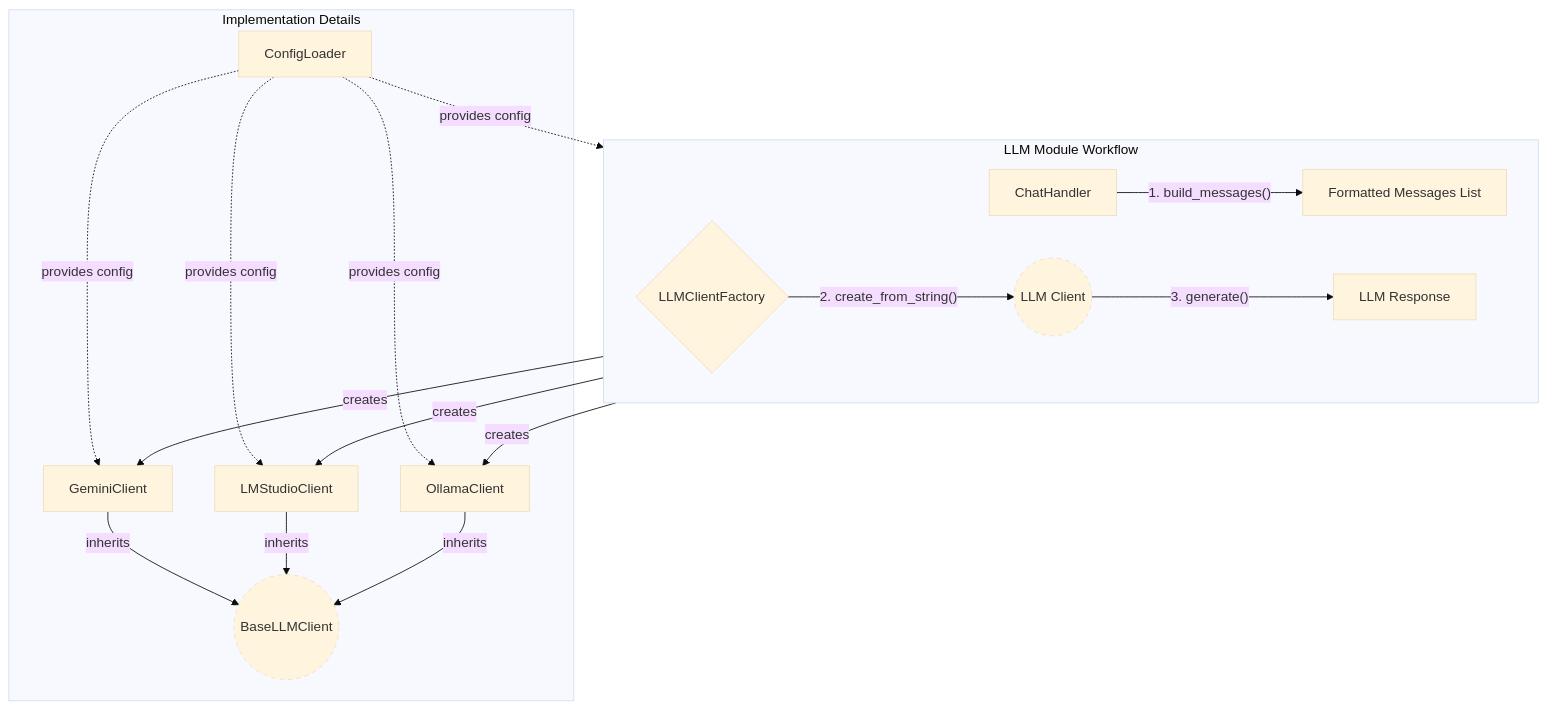
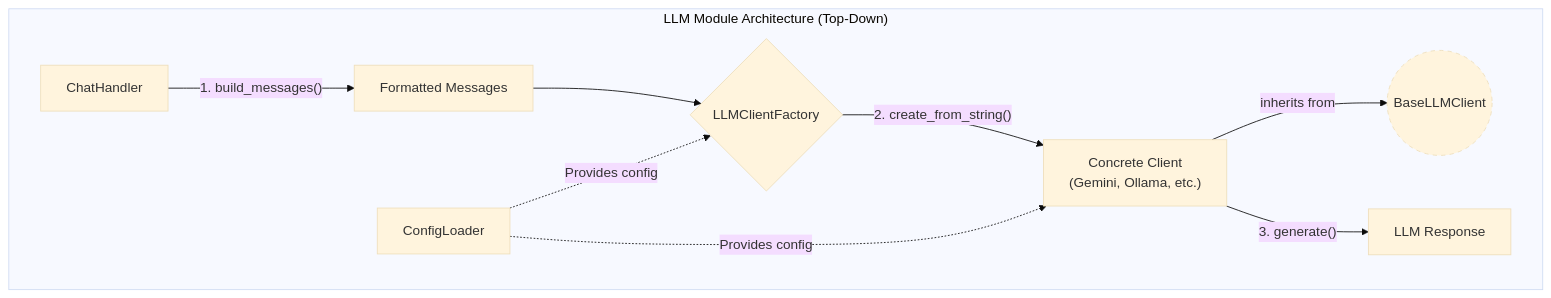
One commit to Flowerf19/RAG changed the diagram in llm/README.md. Above: the diagram before and after it, drawn with Mermaid (base theme). The commit also changed other lines of this file, not shown here.

Commit message:
fix: update README to enhance clarity of module architecture and workflow diagram

````diff
--- a/llm/README.md
+++ b/llm/README.md
@@ -34,33 +34,20 @@
 ```mermaid
 graph TD
-    subgraph "LLM Module Workflow"
-        direction LR
-        A[ChatHandler] -- "1. build_messages()" --> D[Formatted Messages List]
-        B{LLMClientFactory} -- "2. create_from_string()" --> C((LLM Client))
-        C -- "3. generate()" --> E[LLM Response]
+    subgraph "LLM Module Architecture (Top-Down)"
+        A[ChatHandler] -- "1. build_messages()" --> B[Formatted Messages]
+        
+        Z[ConfigLoader]
+        
+        B --> C{LLMClientFactory}
+        Z -. "Provides config" .-> C
+        
+        C -- "2. create_from_string()" --> D["Concrete Client<br>(Gemini, Ollama, etc.)"]
+        
+        D -- "inherits from" --> E((BaseLLMClient))
+        Z -. "Provides config" .-> D
+        
+        D -- "3. generate()" --> F[LLM Response]
     end
 
-    subgraph "Implementation Details"
-        F((BaseLLMClient))
-        G[GeminiClient]
-        H[LMStudioClient]
-        I[OllamaClient]
-        J[ConfigLoader]
-
-        G -- "inherits" --> F
-        H -- "inherits" --> F
-        I -- "inherits" --> F
-        
-        B -- "creates" --> G
-        B -- "creates" --> H
-        B -- "creates" --> I
-
-        J -. "provides config" .-> B
-        J -. "provides config" .-> G
-        J -. "provides config" .-> H
-        J -. "provides config" .-> I
-    end
-
-    style F stroke-dasharray: 5 5
-    style C stroke-dasharray: 5 5
+    style E stroke-dasharray: 5 5
 ```
````
